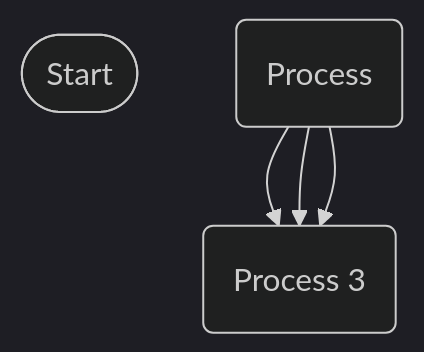
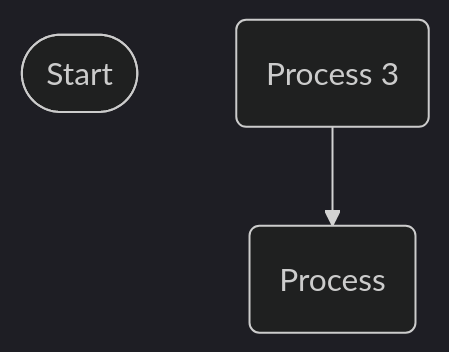
Before and after one commit to pingpm/mermaid_vault: the diagram in mmd/123_7c5ae2a9-e27e-404d-9ffb-02c37eb14485.mmd, drawn with Mermaid (dark theme). The commit also changed 3 other files, not shown here.

Commit message:
Sync Mermaid Studio data (23 diagrams)

```diff
--- a/mmd/123_7c5ae2a9-e27e-404d-9ffb-02c37eb14485.mmd
+++ b/mmd/123_7c5ae2a9-e27e-404d-9ffb-02c37eb14485.mmd
@@ -1,7 +1,5 @@
 flowchart TD
   n_0(["Start"])
   n_1("Process")
   n_2("Process 3")
-  n_1 --> n_2
-  n_1 --> n_2
-  n_1 --> n_2
+  n_2 --> n_1
```
